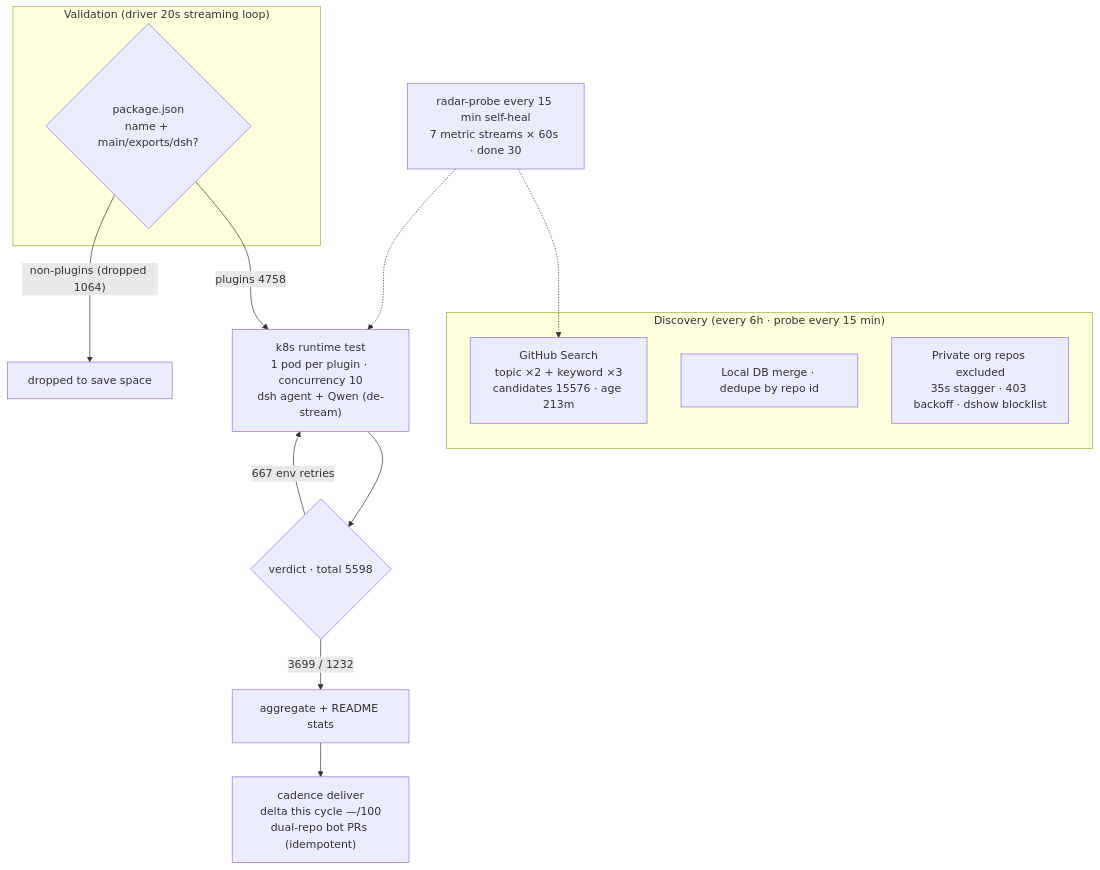
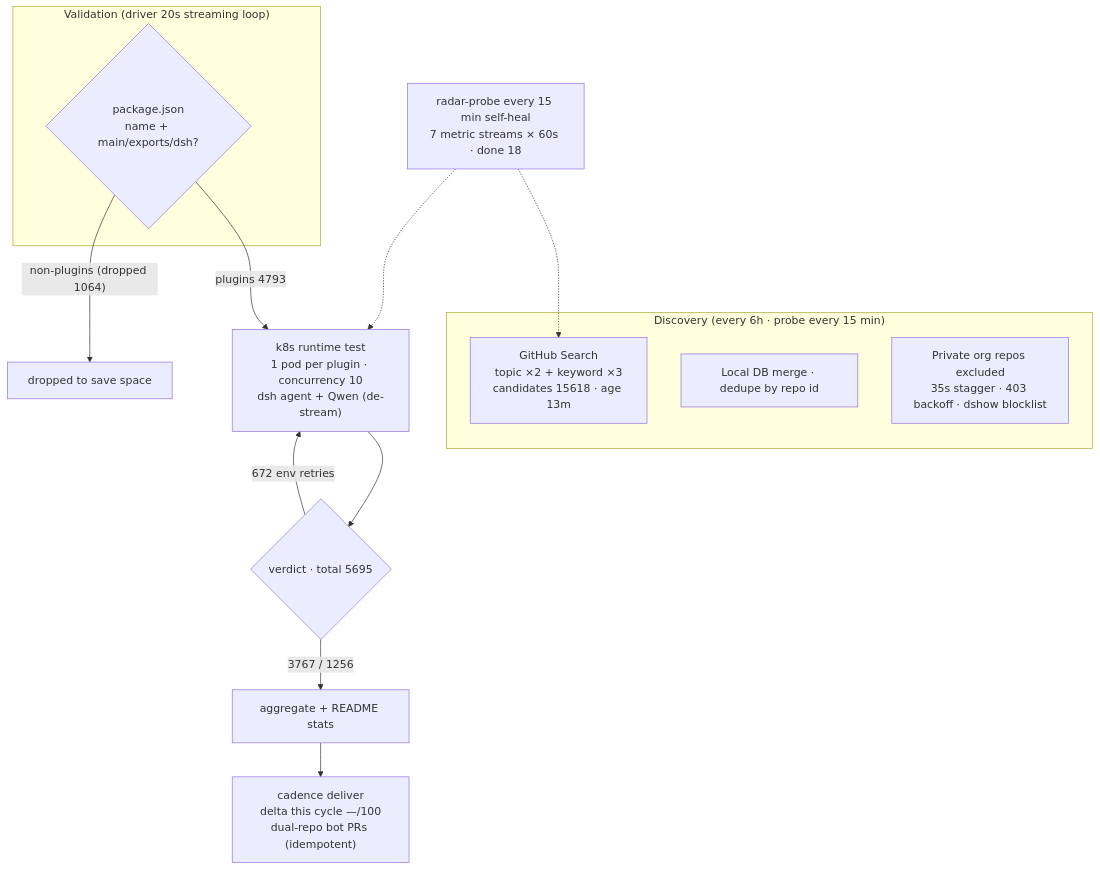
Before and after one commit to AdamPlatin123/awesome-dsh-plugins: the diagram in README.en-US.md, drawn with Mermaid. The commit also changed other lines of this file and 5 other files, not shown here.

````diff
--- a/README.en-US.md
+++ b/README.en-US.md
@@ -30,20 +30,20 @@
 ```mermaid
 flowchart TB
     subgraph Discovery["Discovery (every 6h · probe every 15 min)"]
-        A1["GitHub Search<br/>topic ×2 + keyword ×3<br/>candidates 15576 · age 213m"]
+        A1["GitHub Search<br/>topic ×2 + keyword ×3<br/>candidates 15618 · age 13m"]
         A2["Local DB merge · dedupe by repo id"]
         A3["Private org repos excluded<br/>35s stagger · 403 backoff · dshow blocklist"]
     end
     subgraph Validation["Validation (driver 20s streaming loop)"]
         B1{"package.json<br/>name + main/exports/dsh?"}
     end
-    B1 -->|"plugins 4758"| C1["k8s runtime test<br/>1 pod per plugin · concurrency 10<br/>dsh agent + Qwen (de-stream)"]
+    B1 -->|"plugins 4793"| C1["k8s runtime test<br/>1 pod per plugin · concurrency 10<br/>dsh agent + Qwen (de-stream)"]
     B1 -->|"non-plugins (dropped 1064)"| B3["dropped to save space"]
-    C1 --> D1{"verdict · total 5598"}
-    D1 -->|"3699 / 1232"| E1["aggregate + README stats"]
-    D1 -->|"667 env retries"| C1
+    C1 --> D1{"verdict · total 5695"}
+    D1 -->|"3767 / 1256"| E1["aggregate + README stats"]
+    D1 -->|"672 env retries"| C1
     E1 --> E2["cadence deliver<br/>delta this cycle —/100<br/>dual-repo bot PRs (idempotent)"]
-    M["radar-probe every 15 min self-heal<br/>7 metric streams × 60s · done 30"]
+    M["radar-probe every 15 min self-heal<br/>7 metric streams × 60s · done 18"]
     M -.-> A1
     M -.-> C1
 ```
````
